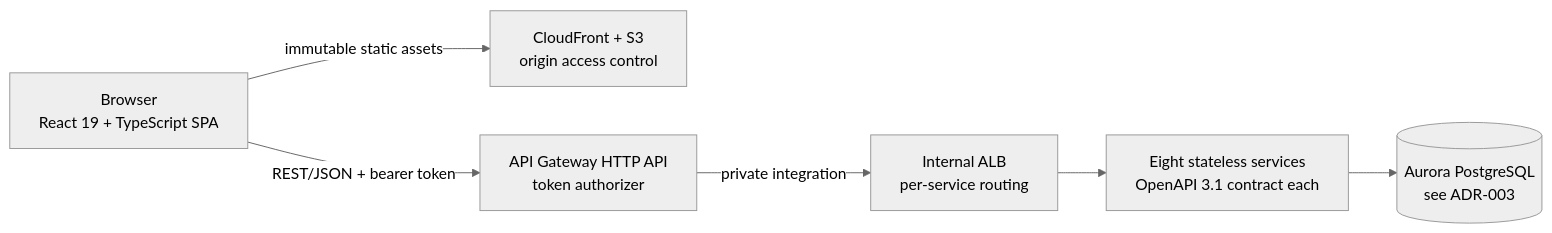
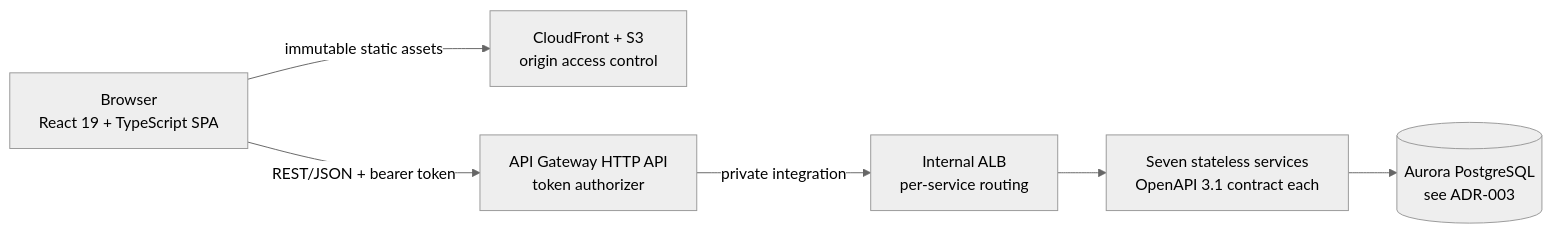
One commit to Blitzy-LocalStack/aws-mainframe-modernization-carddemo changed the diagram in docs/adr/ADR-006-api-and-ui.md. Above: the diagram before and after it, drawn with Mermaid (neutral theme). The commit also changed other lines of this file and 610 other files, not shown here.

````diff
--- a/docs/adr/ADR-006-api-and-ui.md
+++ b/docs/adr/ADR-006-api-and-ui.md
@@ -178,11 +185,14 @@
 ```mermaid
 graph LR
     B["Browser<br/>React 19 + TypeScript SPA"] -->|"immutable static assets"| CF["CloudFront + S3<br/>origin access control"]
     B -->|"REST/JSON + bearer token"| AG["API Gateway HTTP API<br/>token authorizer"]
     AG -->|"private integration"| ALB["Internal ALB<br/>per-service routing"]
-    ALB --> S["Eight stateless services<br/>OpenAPI 3.1 contract each"]
+    ALB --> S["Seven stateless services<br/>OpenAPI 3.1 contract each"]
     S --> DB[("Aurora PostgreSQL<br/>see ADR-003")]
 %% Two independent paths from one browser: immutable assets from the edge cache,
 %% and API calls through the authorizing front door. Neither path carries session
 %% state, which is what ADR-002 relies on to scale the service tier horizontally.
+%% SEVEN services sit behind the load balancer, not eight: batch-service has no
+%% HTTP surface and therefore no ALB target and no contract. See the Consequences
+%% section for the measured census and the reason.
 ```
````
